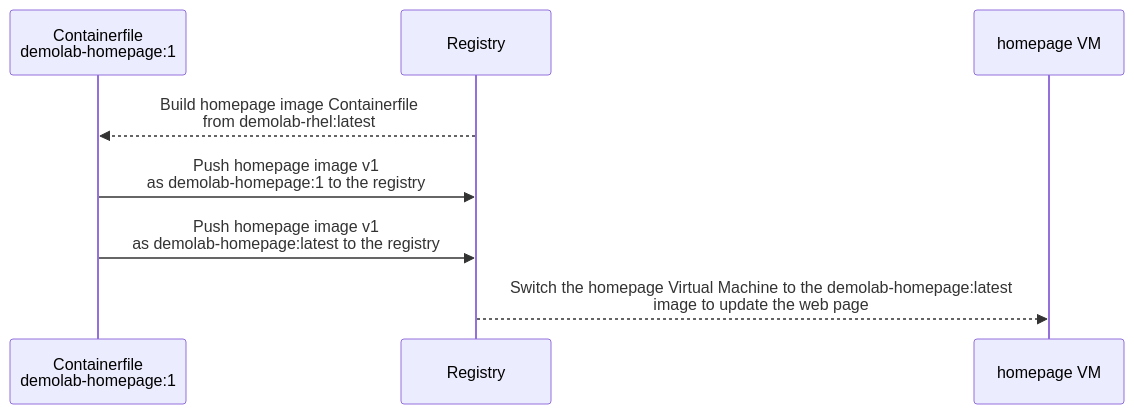
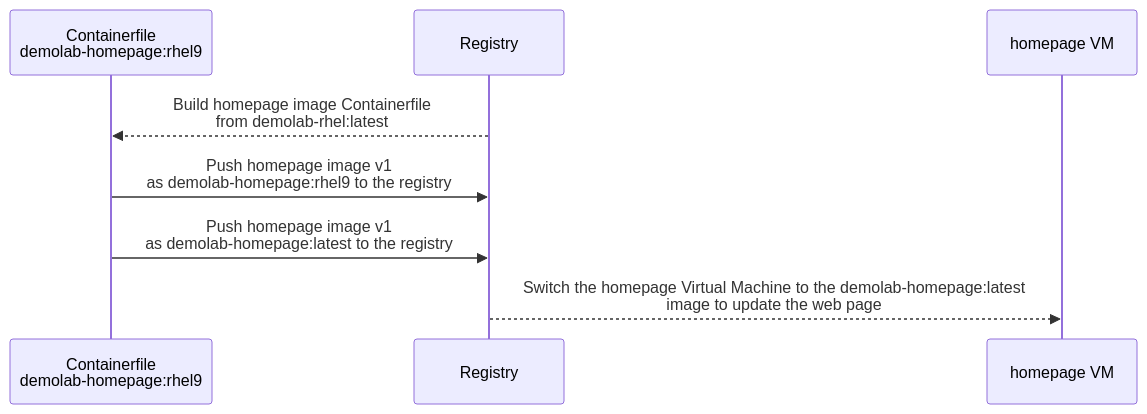
Before and after one commit to jvdbreggen/imagemodedemo: the fourth of 10 diagrams in README.md, drawn with Mermaid. The commit also changed other lines of this file, not shown here.

````diff
--- a/README.md
+++ b/README.md
@@ -303,13 +322,13 @@
 ```mermaid
 sequenceDiagram
     %% Actors
-    participant containerfile_homepage_1 as Containerfile<br/>demolab-homepage:1
+    participant containerfile_homepage_1 as Containerfile<br/>demolab-homepage:rhel9
     participant registry as Registry
     participant homepage_vm_1 as homepage VM
 
     %% New Homepage workflow
     registry-->>containerfile_homepage_1: Build homepage image Containerfile<br/>from demolab-rhel:latest
-    containerfile_homepage_1->>registry: Push homepage image v1<br/>as demolab-homepage:1 to the registry
+    containerfile_homepage_1->>registry: Push homepage image v1<br/>as demolab-homepage:rhel9 to the registry
     containerfile_homepage_1->>registry: Push homepage image v1<br/>as demolab-homepage:latest to the registry
     registry-->>homepage_vm_1: Switch the homepage Virtual Machine to the demolab-homepage:latest <br/>image to update the web page
 ```
````
